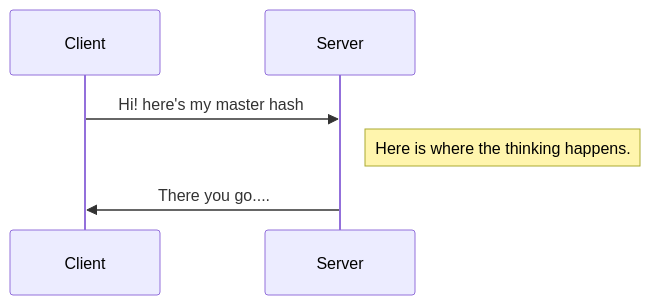
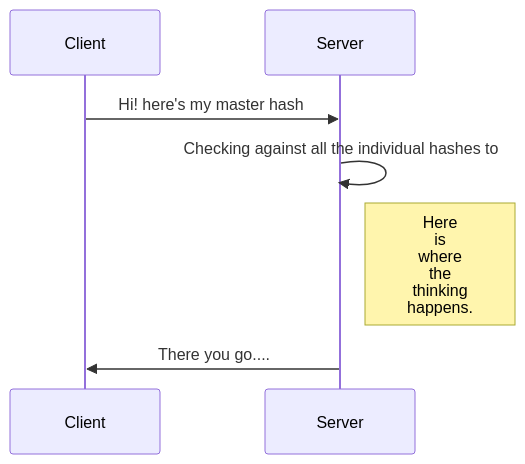
One commit to trshant-sugoi/stackedit changed the first of 2 diagrams in drafts/2019-02-05-bloom-filter.md. Above: the diagram before and after it, drawn with Mermaid. The commit also changed other lines of this file, not shown here.

Commit message:
drafts/2019-02-05-bloom-filter.md updated from https://stackedit.io/

````diff
--- a/drafts/2019-02-05-bloom-filter.md
+++ b/drafts/2019-02-05-bloom-filter.md
@@ -10,6 +10,7 @@
 ```mermaid
 sequenceDiagram
 Client ->> Server: Hi! here's my master hash
-Note right of Server: Here is where the thinking happens.
+Server ->> Server: Checking against all the individual hashes to 
+Note right of Server: Here <br/>is <br/>where <br/>the <br/>thinking <br/>happens.
 Server ->> Client: There you go....
 ```
````
